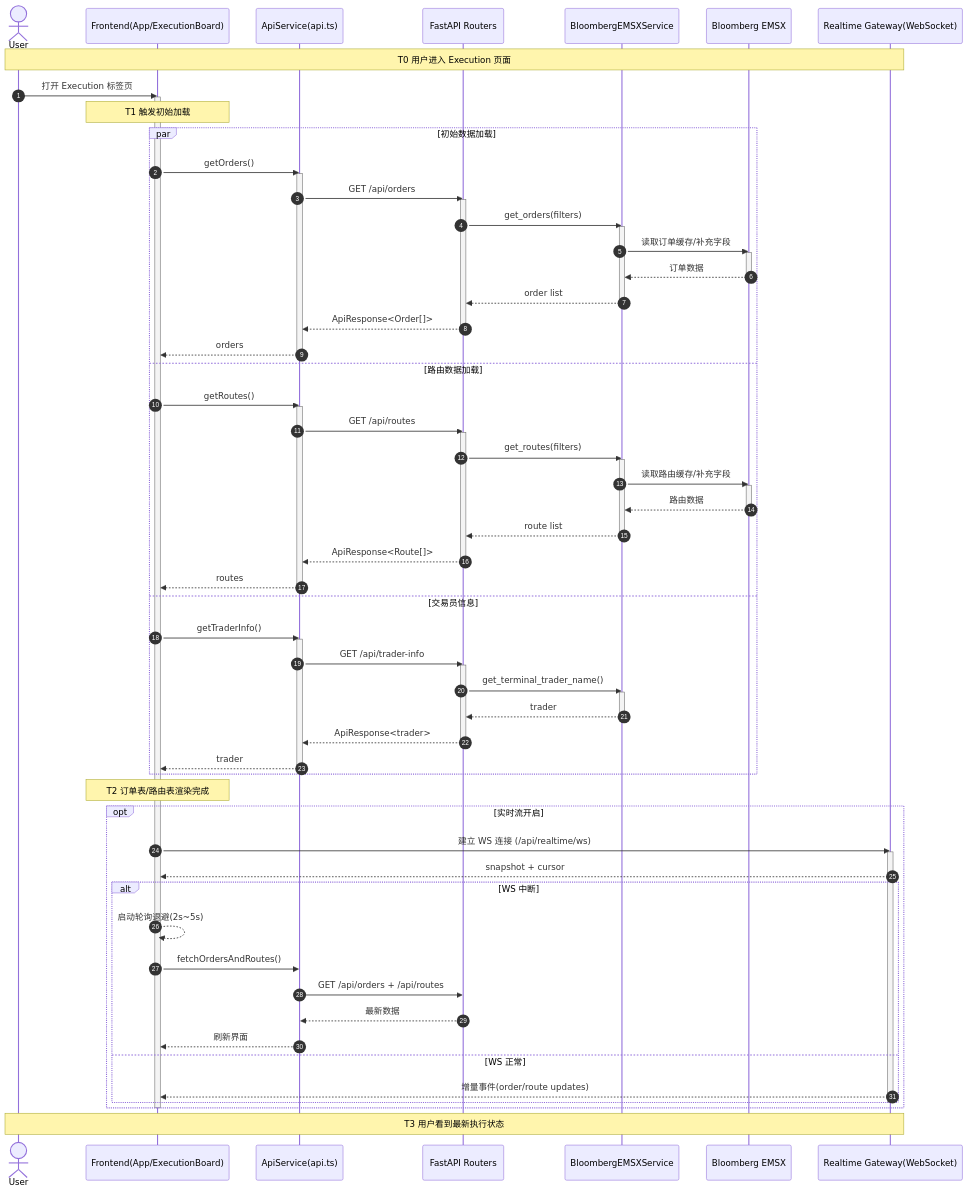
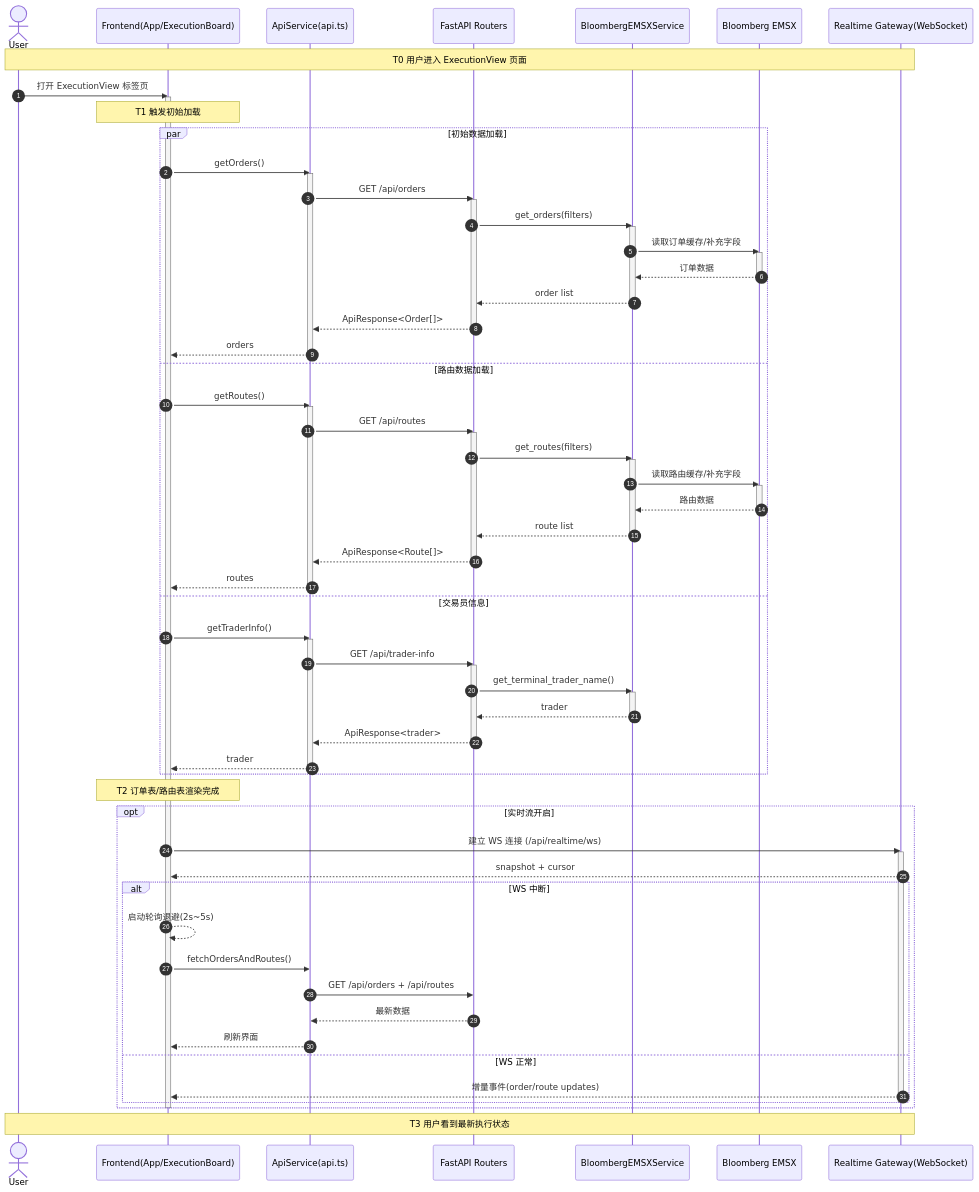
The diagram in docs/modular_sequence_diagrams/mermaid/01-execution-initial-load.mmd (HRLoveFun/EMSXView), drawn with Mermaid before and after one commit. The commit also changed 107 other files, not shown here.

```diff
--- a/docs/modular_sequence_diagrams/mermaid/01-execution-initial-load.mmd
+++ b/docs/modular_sequence_diagrams/mermaid/01-execution-initial-load.mmd
@@ -1,86 +1,86 @@
 %%{init: {'themeVariables': {'fontFamily': 'Noto Sans SC, Microsoft YaHei, PingFang SC, Hiragino Sans GB, SimHei, Arial, sans-serif'}}}%%
 sequenceDiagram
     autonumber
     actor U as User
     participant FE as Frontend(App/ExecutionBoard)
     participant API as ApiService(api.ts)
     participant BE as FastAPI Routers
     participant SVC as BloombergEMSXService
     participant EMSX as Bloomberg EMSX
     participant WS as Realtime Gateway(WebSocket)
 
-    Note over U,WS: T0 用户进入 Execution 页面
+    Note over U,WS: T0 用户进入 ExecutionView 页面
 
-    U->>FE: 打开 Execution 标签页
+    U->>FE: 打开 ExecutionView 标签页
     activate FE
 
     Note over FE: T1 触发初始加载
     par 初始数据加载
         FE->>API: getOrders()
         activate API
         API->>BE: GET /api/orders
         activate BE
         BE->>SVC: get_orders(filters)
         activate SVC
         SVC->>EMSX: 读取订单缓存/补充字段
         activate EMSX
         EMSX-->>SVC: 订单数据
         deactivate EMSX
         SVC-->>BE: order list
         deactivate SVC
         BE-->>API: ApiResponse<Order[]>
         deactivate BE
         API-->>FE: orders
         deactivate API
     and 路由数据加载
         FE->>API: getRoutes()
         activate API
         API->>BE: GET /api/routes
         activate BE
         BE->>SVC: get_routes(filters)
         activate SVC
         SVC->>EMSX: 读取路由缓存/补充字段
         activate EMSX
         EMSX-->>SVC: 路由数据
         deactivate EMSX
         SVC-->>BE: route list
         deactivate SVC
         BE-->>API: ApiResponse<Route[]>
         deactivate BE
         API-->>FE: routes
         deactivate API
     and 交易员信息
         FE->>API: getTraderInfo()
         activate API
         API->>BE: GET /api/trader-info
         activate BE
         BE->>SVC: get_terminal_trader_name()
         activate SVC
         SVC-->>BE: trader
         deactivate SVC
         BE-->>API: ApiResponse<trader>
         deactivate BE
         API-->>FE: trader
         deactivate API
     end
 
     Note over FE: T2 订单表/路由表渲染完成
 
     opt 实时流开启
         FE->>WS: 建立 WS 连接 (/api/realtime/ws)
         activate WS
         WS-->>FE: snapshot + cursor
         alt WS 中断
             FE-->>FE: 启动轮询退避(2s~5s)
             FE->>API: fetchOrdersAndRoutes()
             API->>BE: GET /api/orders + /api/routes
             BE-->>API: 最新数据
             API-->>FE: 刷新界面
         else WS 正常
             WS-->>FE: 增量事件(order/route updates)
         end
         deactivate WS
     end
 
     deactivate FE
     Note over U,WS: T3 用户看到最新执行状态
```
